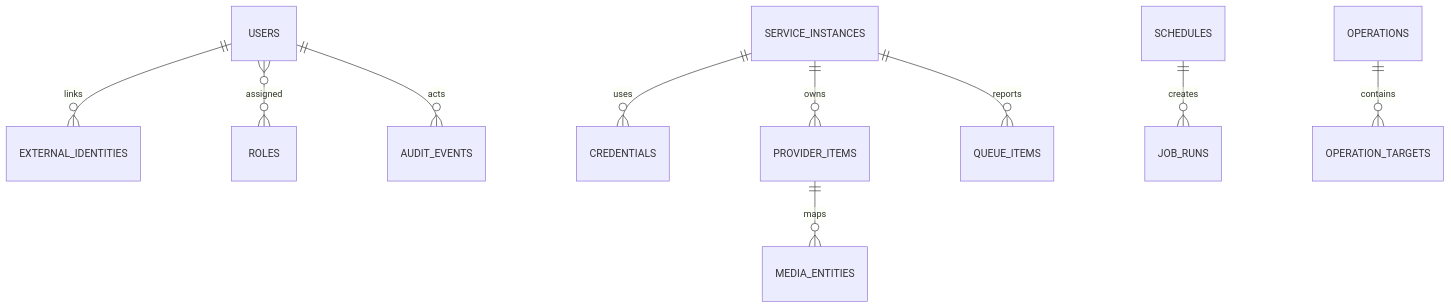
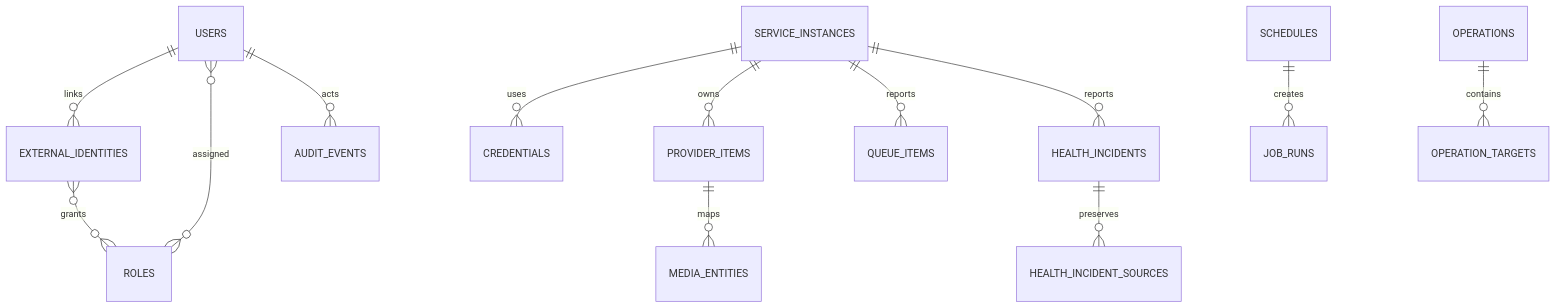
The diagram in docs/DATA_MODEL.md (nbt4/ArrControl), drawn with Mermaid before and after one commit. The commit also changed other lines of this file and 410 other files, not shown here.

````diff
--- a/docs/DATA_MODEL.md
+++ b/docs/DATA_MODEL.md
@@ -5,12 +5,15 @@
 ```mermaid
 erDiagram
   USERS ||--o{ EXTERNAL_IDENTITIES : links
   USERS }o--o{ ROLES : assigned
+  EXTERNAL_IDENTITIES }o--o{ ROLES : grants
   SERVICE_INSTANCES ||--o{ CREDENTIALS : uses
   SERVICE_INSTANCES ||--o{ PROVIDER_ITEMS : owns
   SERVICE_INSTANCES ||--o{ QUEUE_ITEMS : reports
+  SERVICE_INSTANCES ||--o{ HEALTH_INCIDENTS : reports
+  HEALTH_INCIDENTS ||--o{ HEALTH_INCIDENT_SOURCES : preserves
   PROVIDER_ITEMS ||--o{ MEDIA_ENTITIES : maps
   SCHEDULES ||--o{ JOB_RUNS : creates
   USERS ||--o{ AUDIT_EVENTS : acts
   OPERATIONS ||--o{ OPERATION_TARGETS : contains
 ```
````
